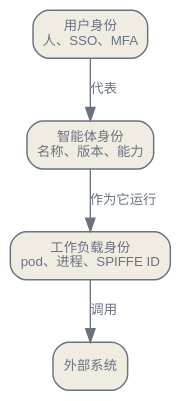
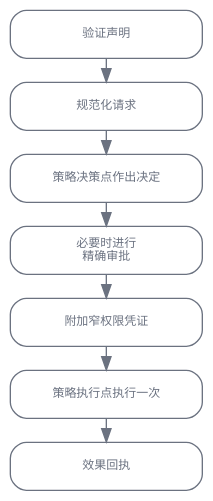
Before and after one commit to latere-ai/ai-as-an-infrastructure: the diagram in zh/safety/03-security-authorization.qmd, drawn with Graphviz. The commit also changed other lines of this file and 6 other files, not shown here.

````diff
--- a/zh/safety/03-security-authorization.qmd
+++ b/zh/safety/03-security-authorization.qmd
@@ -59,20 +66,19 @@
 ```{dot}
-//| label: fig-security-three-identities
-//| fig-cap: "每次调用上调和的三个正交主体。用户被委派到智能体之上，智能体作为工作负载运行，工作负载触达外部系统。每条轴都回答另外两条无法回答的一种归属。"
+//| label: fig-security-request-effect
+//| fig-cap: "请求只有经过可信规范化、策略评估、必要的精确审批和强制执行，才能变成实际效果。效果回执与获准请求相互关联。"
 digraph {
   bgcolor="transparent";
   rankdir=TB;
-  nodesep=0.4; ranksep=0.5;
-  node [shape=box, style="rounded,filled", fontname="Helvetica", fontsize=10, color="#6b7280", fontcolor="#6b7280", fillcolor="#f1ece1", penwidth=1.1];
-  edge [fontsize=10, fontname="Helvetica", color="#6b7280", fontcolor="#6b7280"];
-
-  U [label="用户身份\n人、SSO、MFA"];
-  A [label="智能体身份\n名称、版本、能力"];
-  W [label="工作负载身份\npod、进程、SPIFFE ID"];
-  EXT [label="外部系统"];
-
-  U -> A [label="代表"];
-  A -> W [label="作为它运行"];
-  W -> EXT [label="调用"];
+  graph [nodesep=0.18, ranksep=0.25];
+  node [shape=box, style="rounded", fontname="Helvetica", fontsize=9, color="#6b7280", fontcolor="#6b7280", margin="0.08,0.05", width=2.0];
+  edge [fontname="Helvetica", fontsize=8, color="#6b7280"];
+  a [label="验证声明"];
+  n [label="规范化请求"];
+  d [label="策略决策点作出决定"];
+  h [label="必要时进行\n精确审批"];
+  c [label="附加窄权限凭证"];
+  e [label="策略执行点执行一次"];
+  r [label="效果回执"];
+  a -> n -> d -> h -> c -> e -> r;
 }
 ```
````
